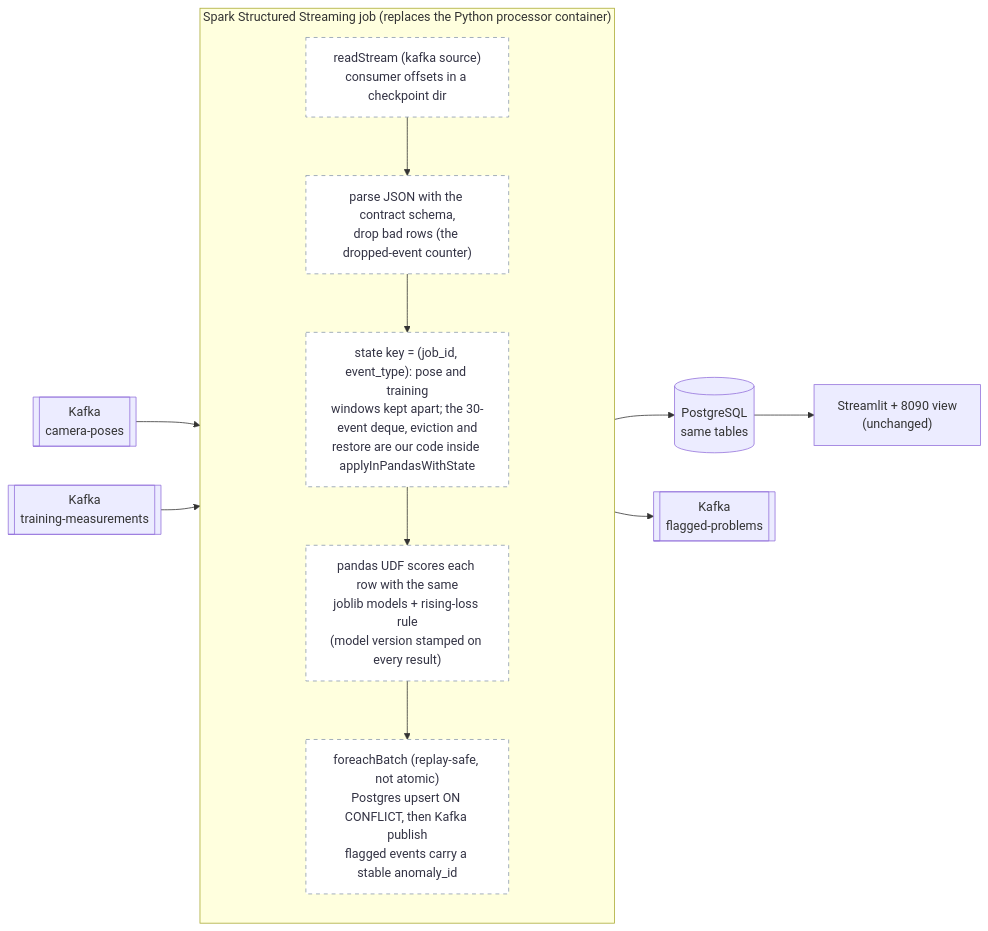
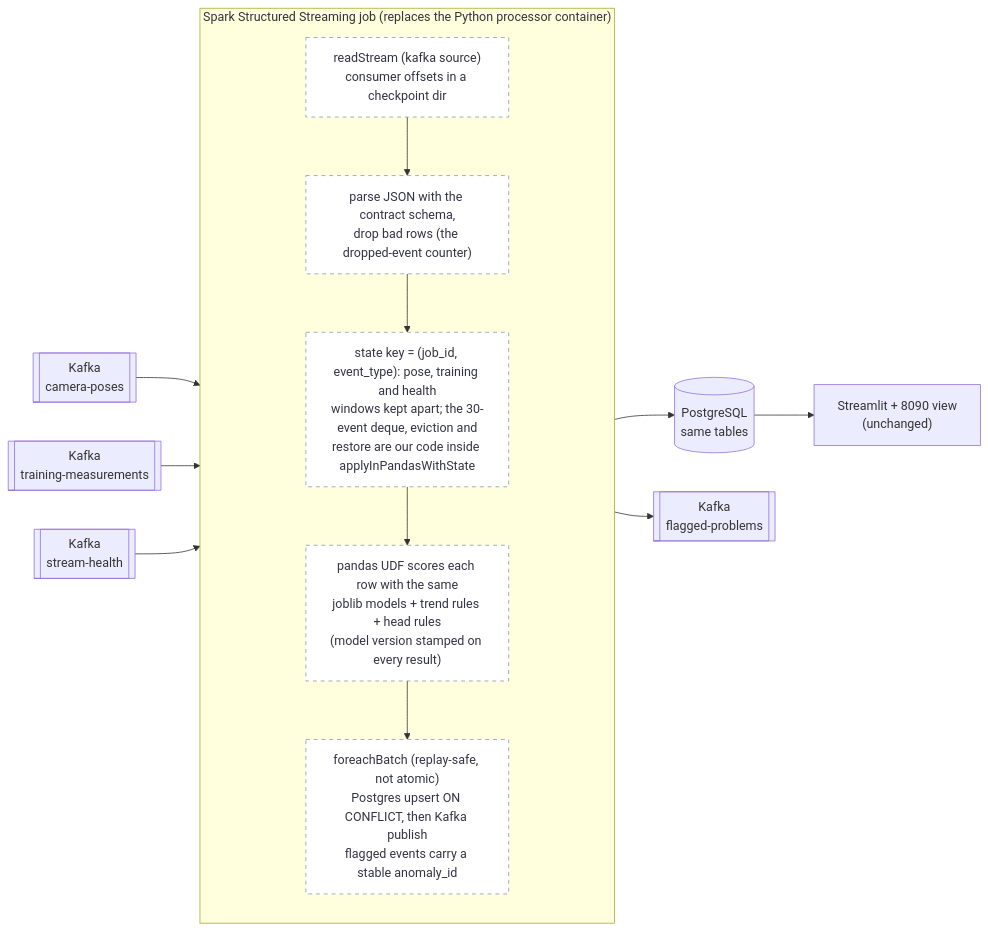
One commit to axls23/3D_world_genrator changed the third of 8 diagrams in hypersplat/streaming/docs/architecture-diagram.md. Above: the diagram before and after it, drawn with Mermaid. The commit also changed other lines of this file, not shown here.

Commit message:
Architecture diagram: update the existing mermaid for the health tap, PSNR and start-up; add diagrams for the two new systems

````diff
--- a/hypersplat/streaming/docs/architecture-diagram.md
+++ b/hypersplat/streaming/docs/architecture-diagram.md
@@ -119,24 +133,26 @@
 ```mermaid
 flowchart LR
     K1[["Kafka<br/>camera-poses"]]
     K2[["Kafka<br/>training-measurements"]]
+    K4[["Kafka<br/>stream-health"]]
 
     subgraph SP["Spark Structured Streaming job (replaces the Python processor container)"]
         direction TB
         R["readStream (kafka source)<br/>consumer offsets in a checkpoint dir"]
         PA["parse JSON with the contract schema,<br/>drop bad rows (the dropped-event counter)"]
-        WIN["state key = (job_id, event_type): pose and training<br/>windows kept apart; the 30-event deque, eviction and<br/>restore are our code inside applyInPandasWithState"]
-        UDF["pandas UDF scores each row with the same<br/>joblib models + rising-loss rule<br/>(model version stamped on every result)"]
+        WIN["state key = (job_id, event_type): pose, training and health<br/>windows kept apart; the 30-event deque, eviction and<br/>restore are our code inside applyInPandasWithState"]
+        UDF["pandas UDF scores each row with the same<br/>joblib models + trend rules + head rules<br/>(model version stamped on every result)"]
         FB["foreachBatch (replay-safe, not atomic)<br/>Postgres upsert ON CONFLICT, then Kafka publish<br/>flagged events carry a stable anomaly_id"]
         R --> PA --> WIN --> UDF --> FB
     end
 
     K1 --> R
     K2 --> R
+    K4 --> R
     FB --> PG[("PostgreSQL<br/>same tables")]
     FB --> K3[["Kafka<br/>flagged-problems"]]
     PG --> D["Streamlit + 8090 view<br/>(unchanged)"]
 
     classDef planned fill:#fff,stroke:#8999ad,stroke-dasharray: 5 5,color:#334;
     class R,PA,WIN,UDF,FB planned;
 ```
````
